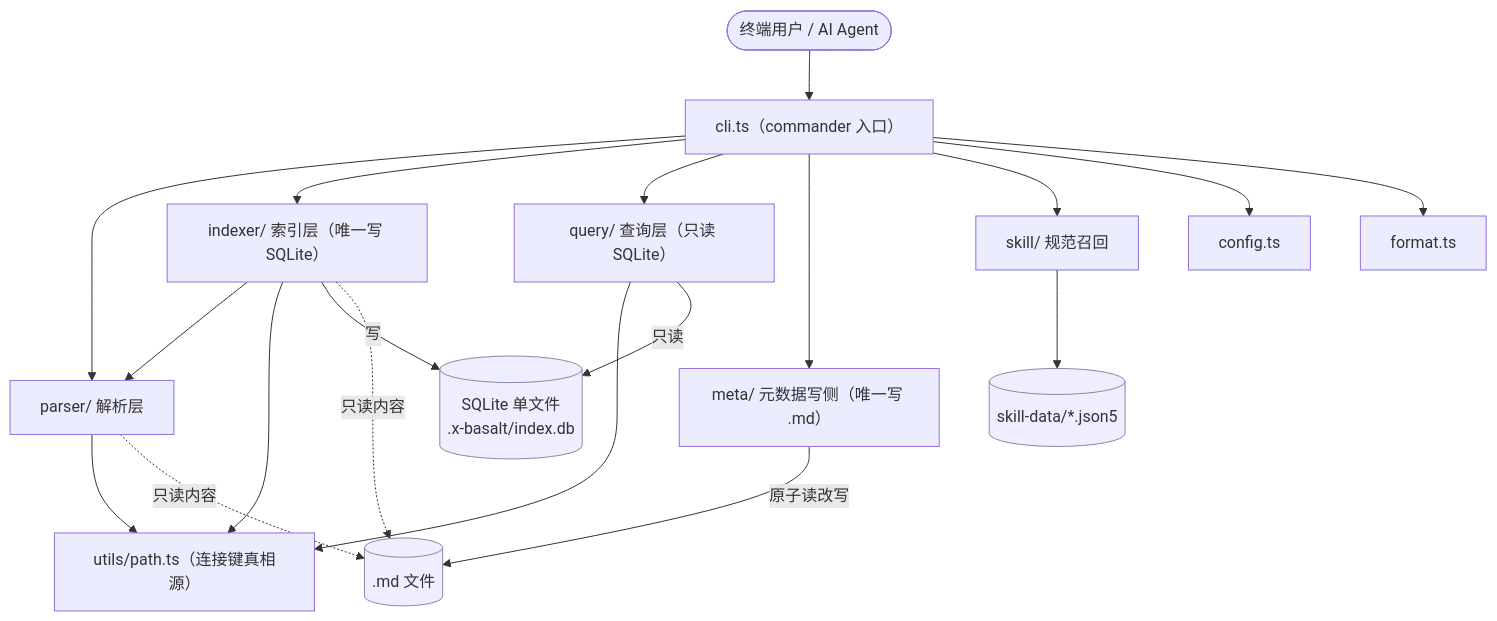
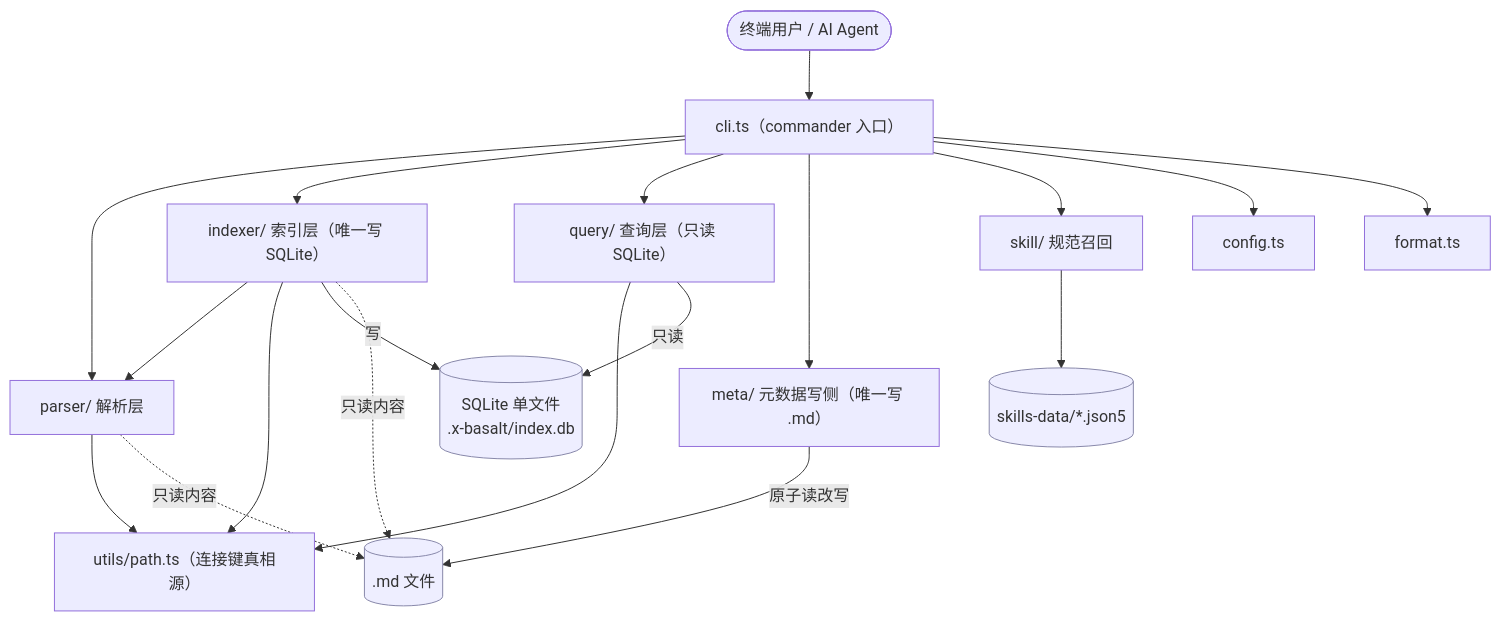
One commit to xnightsky/x-basalt changed the first of 5 diagrams in docs/architecture/2026-06-28-overview.md. Above: the diagram before and after it, drawn with Mermaid. The commit also changed other lines of this file and 21 other files, not shown here.

First line of the commit message:
refactor(skill): 运行时数据目录 skill-data/ → skills-data/（对齐 skills-def 复数命名）

````diff
--- a/docs/architecture/2026-06-28-overview.md
+++ b/docs/architecture/2026-06-28-overview.md
@@ -43,27 +43,27 @@
 ```mermaid
 flowchart TD
     user([终端用户 / AI Agent]) --> cli["cli.ts（commander 入口）"]
 
     cli --> parser["parser/ 解析层"]
     cli --> indexer["indexer/ 索引层（唯一写 SQLite）"]
     cli --> query["query/ 查询层（只读 SQLite）"]
     cli --> meta["meta/ 元数据写侧（唯一写 .md）"]
     cli --> skill["skill/ 规范召回"]
     cli --> config["config.ts"]
     cli --> format["format.ts"]
 
     indexer --> parser
     parser --> utils["utils/path.ts（连接键真相源）"]
     indexer --> utils
     query --> utils
 
     indexer -- 写 --> db[("SQLite 单文件<br/>.x-basalt/index.db")]
     query -- 只读 --> db
     parser -. 只读内容 .-> md[(".md 文件")]
     indexer -. 只读内容 .-> md
     meta -- 原子读改写 --> md
-    skill --> skfiles[("skill-data/*.json5")]
+    skill --> skfiles[("skills-data/*.json5")]
 
     classDef store fill:#eef,stroke:#88a;
     class db,md,skfiles store;
 ```
````
